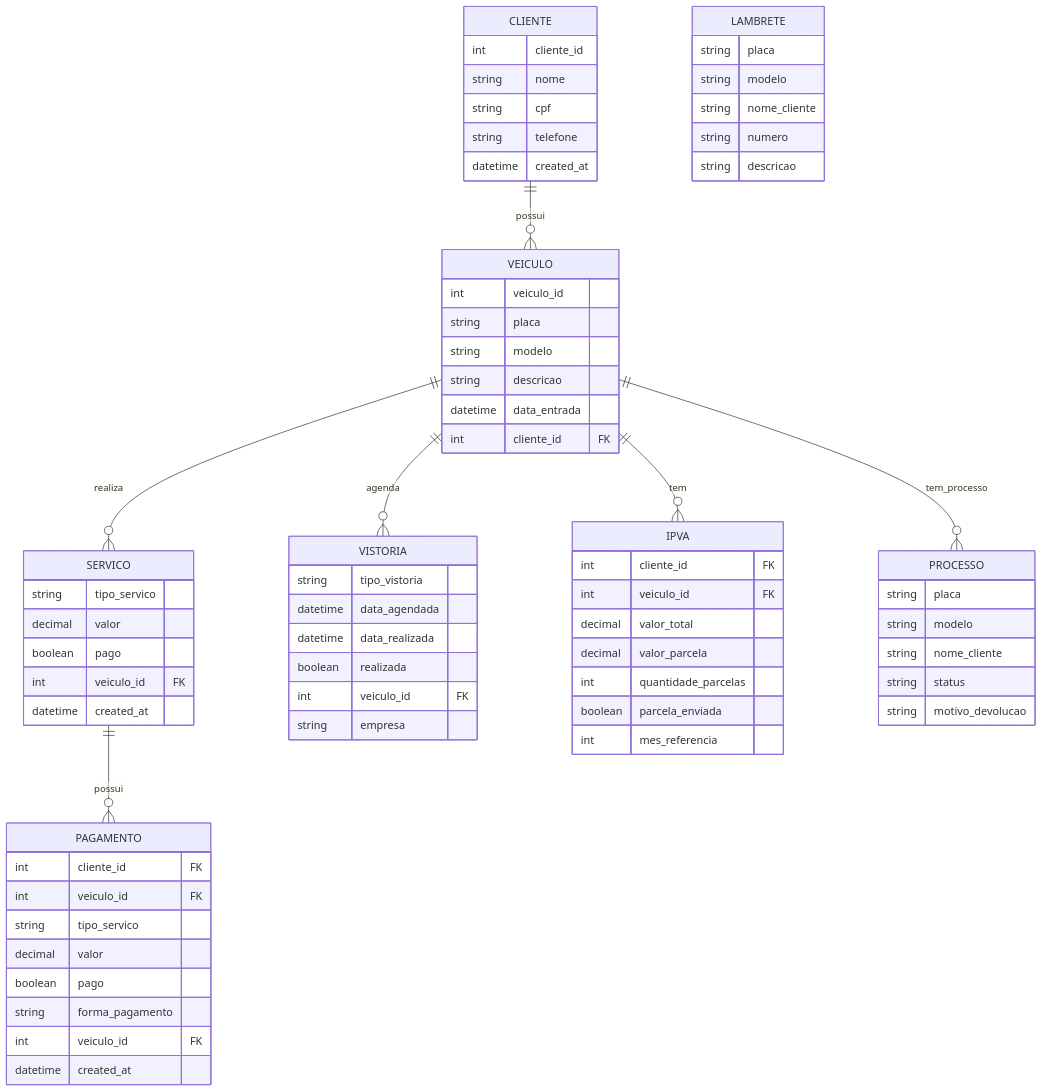
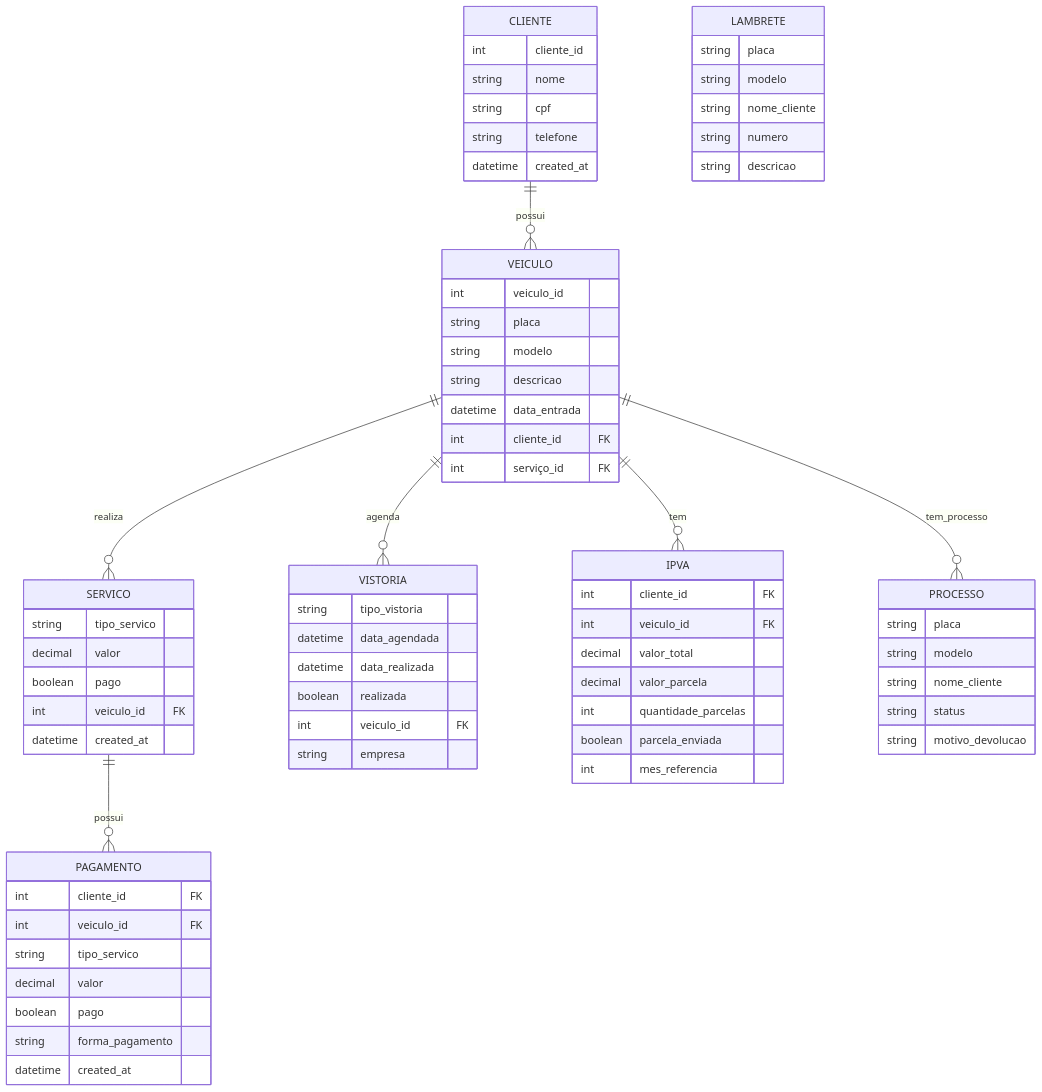
One commit to Annanicacio/Sistema-de-Gerenciamento changed the diagram in README.md. Above: the diagram before and after it, drawn with Mermaid.

```diff
--- a/README.md
+++ b/README.md
@@ -95,6 +95,7 @@
         string descricao
         datetime data_entrada
         int cliente_id FK
+        int serviço_id FK
     }
 
     SERVICO {
@@ -113,7 +114,6 @@
         decimal valor
         boolean pago
         string forma_pagamento
-        int veiculo_id FK
         datetime created_at
     }
 
```
